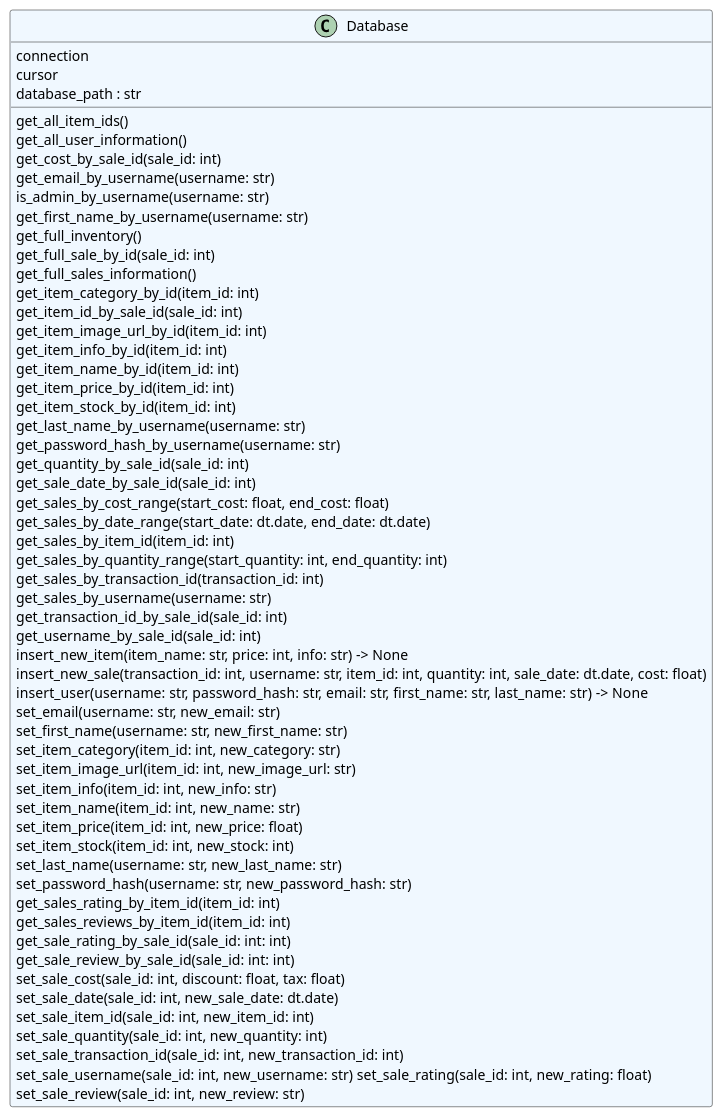
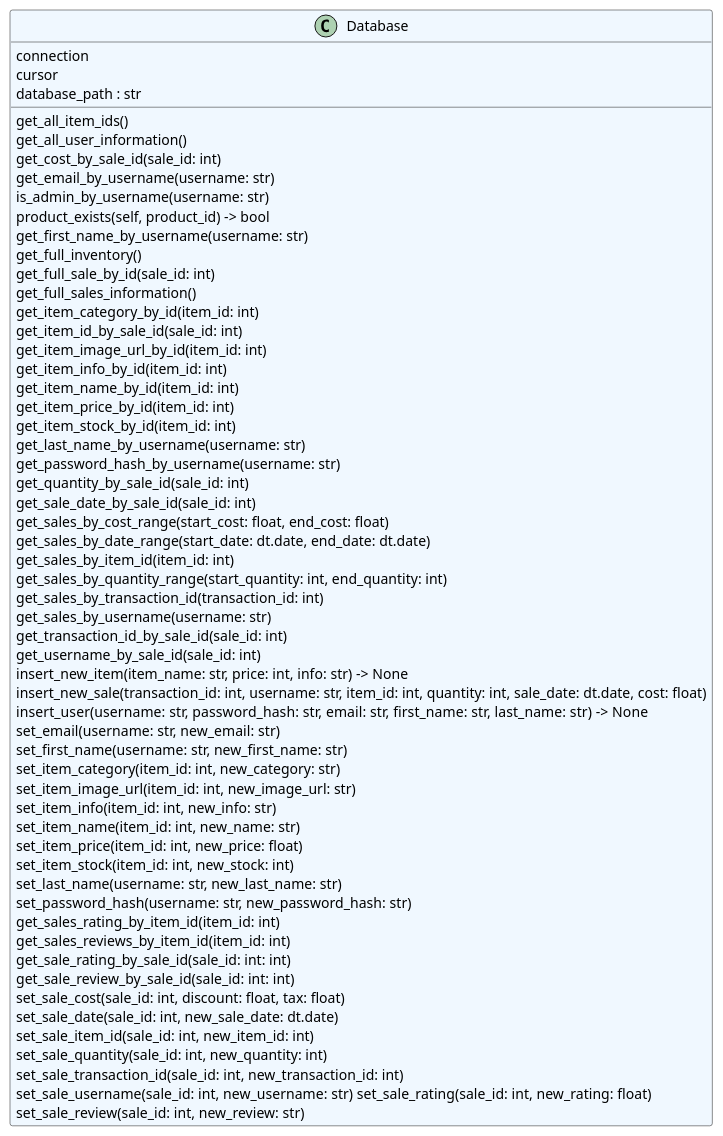
One commit to obxzeke/OnlineStore changed the diagram in docs/diagrams/system/database_classes_updated.puml. Above: the diagram before and after it, drawn with PlantUML. The commit also changed 11 other files, not shown here.

```diff
--- a/docs/diagrams/system/database_classes_updated.puml
+++ b/docs/diagrams/system/database_classes_updated.puml
@@ -1,61 +1,62 @@
 @startuml classes
 set namespaceSeparator none
 class "Database" as database.db.Database #aliceblue {
   connection
   cursor
   database_path : str
   get_all_item_ids()
   get_all_user_information()
   get_cost_by_sale_id(sale_id: int)
   get_email_by_username(username: str)
   is_admin_by_username(username: str)
+  product_exists(self, product_id) -> bool
   get_first_name_by_username(username: str)
   get_full_inventory()
   get_full_sale_by_id(sale_id: int)
   get_full_sales_information()
   get_item_category_by_id(item_id: int)
   get_item_id_by_sale_id(sale_id: int)
   get_item_image_url_by_id(item_id: int)
   get_item_info_by_id(item_id: int)
   get_item_name_by_id(item_id: int)
   get_item_price_by_id(item_id: int)
   get_item_stock_by_id(item_id: int)
   get_last_name_by_username(username: str)
   get_password_hash_by_username(username: str)
   get_quantity_by_sale_id(sale_id: int)
   get_sale_date_by_sale_id(sale_id: int)
   get_sales_by_cost_range(start_cost: float, end_cost: float)
   get_sales_by_date_range(start_date: dt.date, end_date: dt.date)
   get_sales_by_item_id(item_id: int)
   get_sales_by_quantity_range(start_quantity: int, end_quantity: int)
   get_sales_by_transaction_id(transaction_id: int)
   get_sales_by_username(username: str)
   get_transaction_id_by_sale_id(sale_id: int)
   get_username_by_sale_id(sale_id: int)
   insert_new_item(item_name: str, price: int, info: str) -> None
   insert_new_sale(transaction_id: int, username: str, item_id: int, quantity: int, sale_date: dt.date, cost: float)
   insert_user(username: str, password_hash: str, email: str, first_name: str, last_name: str) -> None
   set_email(username: str, new_email: str)
   set_first_name(username: str, new_first_name: str)
   set_item_category(item_id: int, new_category: str)
   set_item_image_url(item_id: int, new_image_url: str)
   set_item_info(item_id: int, new_info: str)
   set_item_name(item_id: int, new_name: str)
   set_item_price(item_id: int, new_price: float)
   set_item_stock(item_id: int, new_stock: int)
   set_last_name(username: str, new_last_name: str)
   set_password_hash(username: str, new_password_hash: str)
   get_sales_rating_by_item_id(item_id: int)
   get_sales_reviews_by_item_id(item_id: int)
   get_sale_rating_by_sale_id(sale_id: int: int)
   get_sale_review_by_sale_id(sale_id: int: int)
   set_sale_cost(sale_id: int, discount: float, tax: float)
   set_sale_date(sale_id: int, new_sale_date: dt.date)
   set_sale_item_id(sale_id: int, new_item_id: int)
   set_sale_quantity(sale_id: int, new_quantity: int)
   set_sale_transaction_id(sale_id: int, new_transaction_id: int)
   set_sale_username(sale_id: int, new_username: str)\
   set_sale_rating(sale_id: int, new_rating: float)
   set_sale_review(sale_id: int, new_review: str)
 }
 @enduml
```
